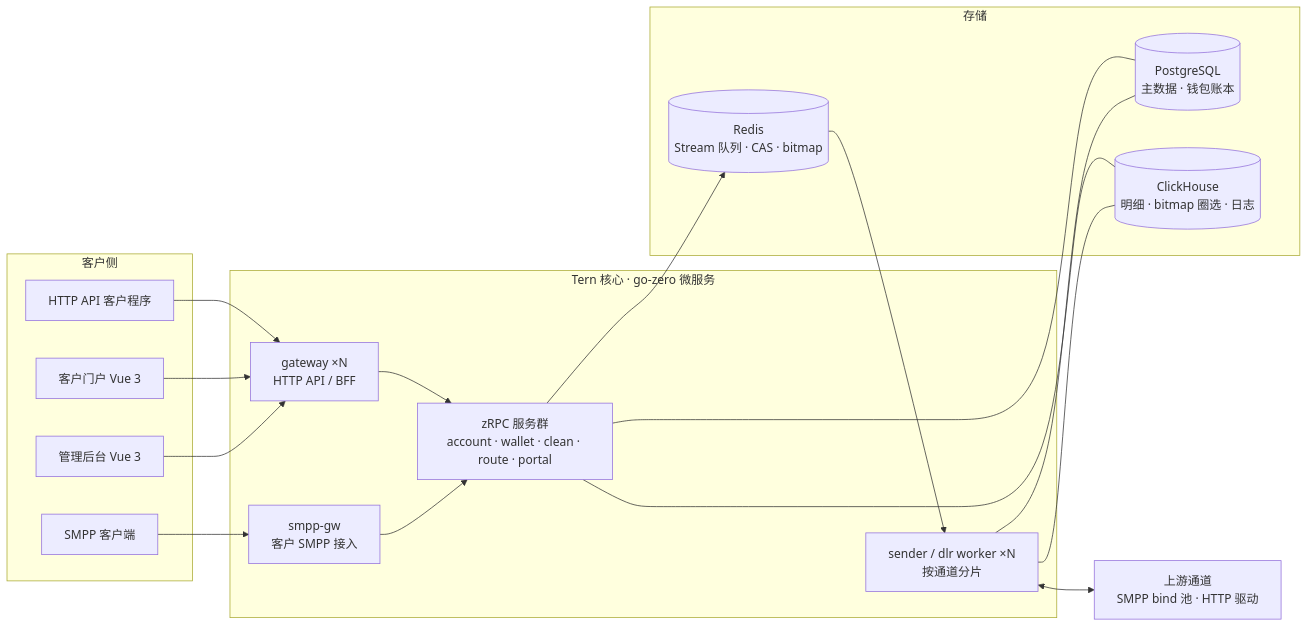
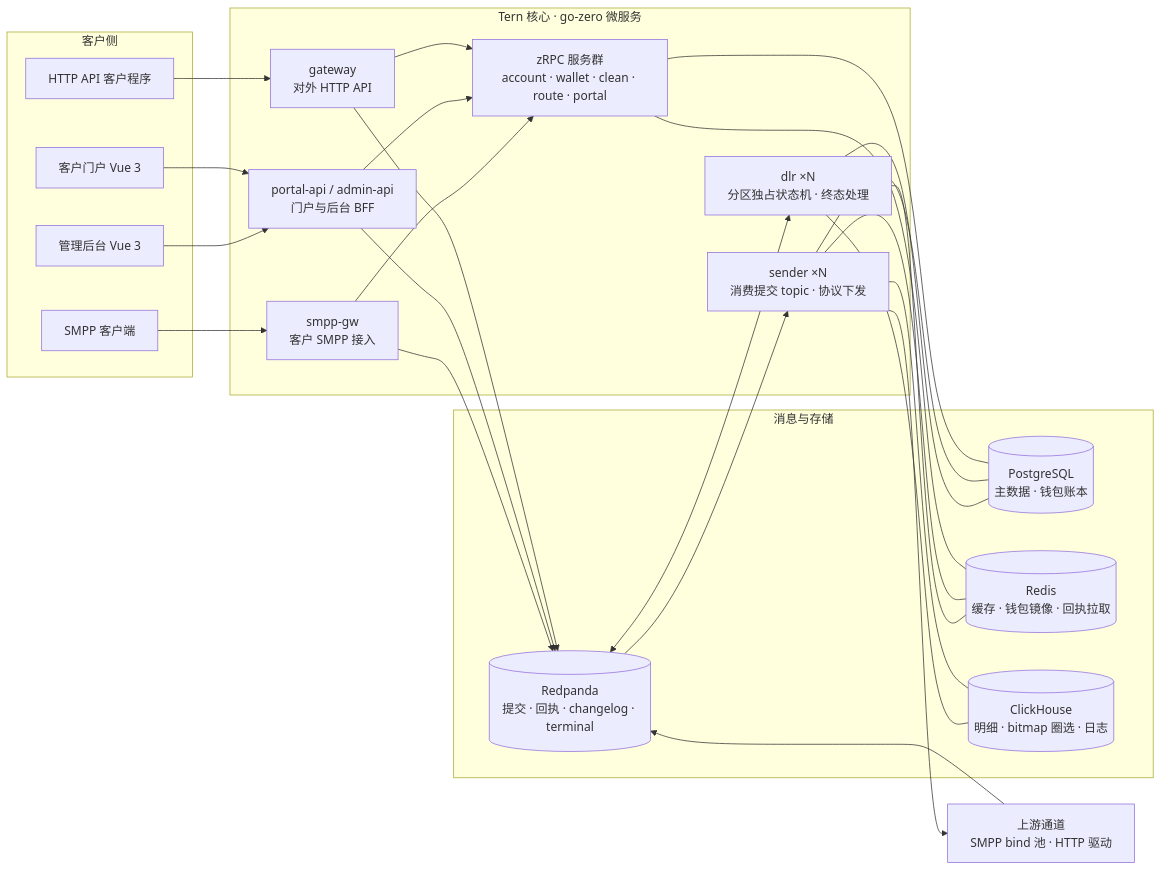
One commit to ternsms/.github changed the diagram in profile/README.md. Above: the diagram before and after it, drawn with Mermaid. The commit also changed other lines of this file, not shown here.

````diff
--- a/profile/README.md
+++ b/profile/README.md
@@ -58,26 +57,34 @@
 ```mermaid
 flowchart LR
   subgraph clients[客户侧]
     C1[HTTP API 客户程序]
     C2[SMPP 客户端]
     C3[客户门户 Vue 3]
     C4[管理后台 Vue 3]
   end
   subgraph core[Tern 核心 · go-zero 微服务]
-    GW[gateway ×N<br/>HTTP API / BFF]
+    GW[gateway<br/>对外 HTTP API]
+    BFF[portal-api / admin-api<br/>门户与后台 BFF]
     SG[smpp-gw<br/>客户 SMPP 接入]
     RPC[zRPC 服务群<br/>account · wallet · clean · route · portal]
-    WK[sender / dlr worker ×N<br/>按通道分片]
+    SN[sender ×N<br/>消费提交 topic · 协议下发]
+    DL[dlr ×N<br/>分区独占状态机 · 终态处理]
   end
-  subgraph store[存储]
+  subgraph store[消息与存储]
+    RP[(Redpanda<br/>提交 · 回执 · changelog · terminal)]
     PG[(PostgreSQL<br/>主数据 · 钱包账本)]
-    RD[(Redis<br/>Stream 队列 · CAS · bitmap)]
+    RD[(Redis<br/>缓存 · 钱包镜像 · 回执拉取)]
     CH[(ClickHouse<br/>明细 · bitmap 圈选 · 日志)]
   end
   UP[上游通道<br/>SMPP bind 池 · HTTP 驱动]
-  C1 & C3 & C4 --> GW
+  C1 --> GW
+  C3 & C4 --> BFF
   C2 --> SG
-  GW & SG --> RPC
-  RPC --> RD --> WK <--> UP
-  RPC & WK --- PG & CH
+  GW & BFF & SG --> RPC
+  GW & BFF & SG --> RP
+  RP --> SN --> UP
+  UP --> RP
+  RP <--> DL
+  RPC --- PG & RD
+  SN & DL --- PG & RD & CH
 ```
````
